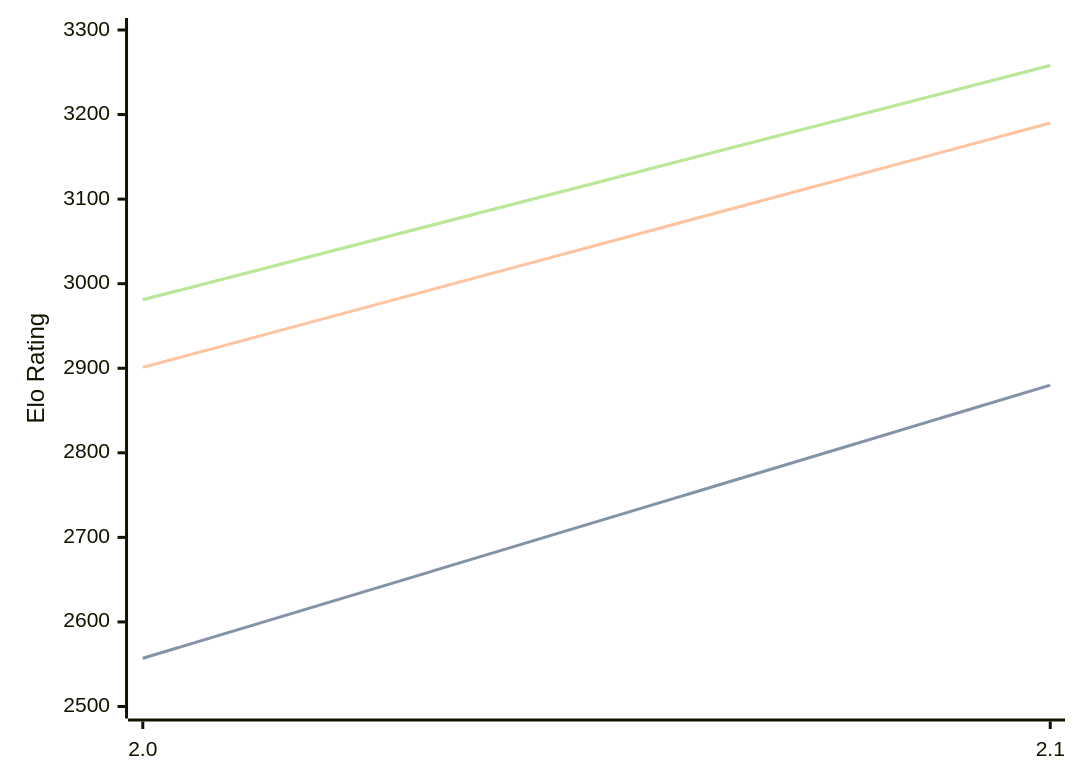
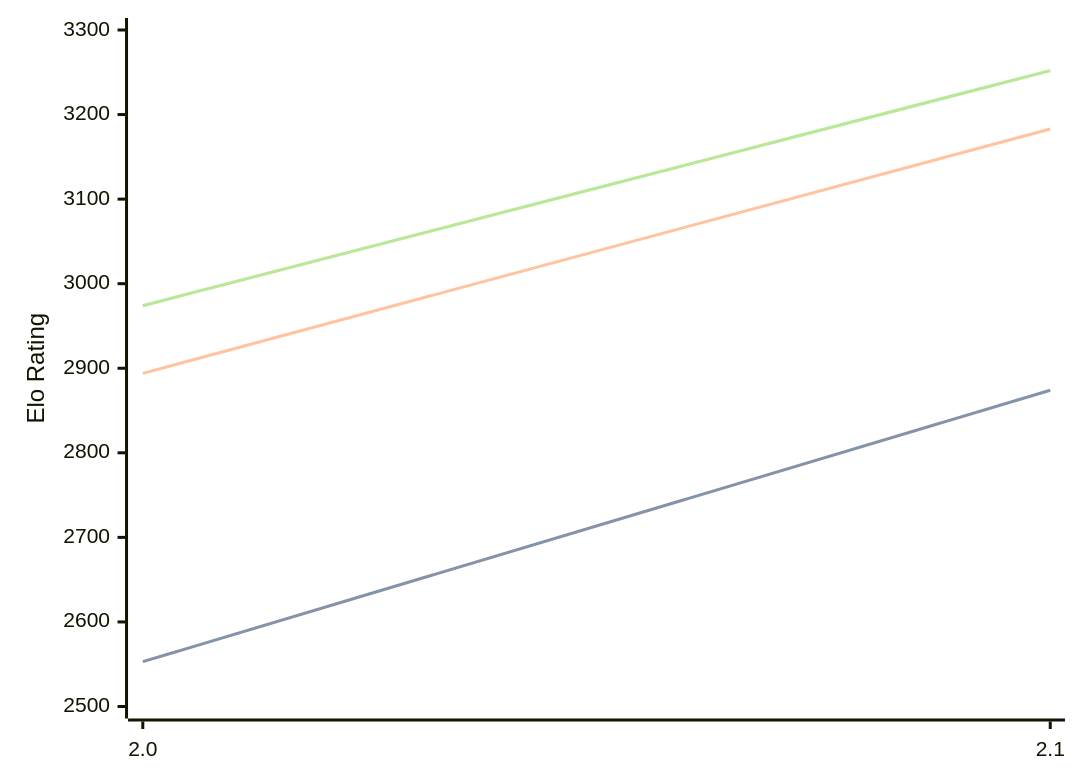
Before and after one commit to computer-chess-index/cci: the diagram in engines/Tunguska.md, drawn with Mermaid. The commit also changed other lines of this file, not shown here.

Commit message:
Update CCI Ratings (ELO VLTC) - 2026-05-18

````diff
--- a/engines/Tunguska.md
+++ b/engines/Tunguska.md
@@ -32,11 +32,11 @@
 ```mermaid
 %%{init: {"theme":"base","themeVariables":{"seriesColors:['#a3a3a3','#222221','#faa371']}}}%%
 xychart-beta
   x-axis ["2.0", "2.1"]
   y-axis "Elo Rating" 2500 --> 3300
-  line "STC (8.0+0.08s)" [2557, 2880]
-  line "STC (8.0+0.08s)" [2557, 2880]
-  line "LTC (60.0+0.60s)" [2901, 3190]
-  line "VLTC (2m24s+1.12s)" [2981, 3258]
-  line "VLTC (2m24s+1.12s)" [2981, 3258]
+  line "STC (8.0+0.08s)" [2553, 2874]
+  line "STC (8.0+0.08s)" [2553, 2874]
+  line "LTC (60.0+0.60s)" [2894, 3183]
+  line "VLTC (2m24s+1.12s)" [2974, 3252]
+  line "VLTC (2m24s+1.12s)" [2974, 3252]
 ```
````
